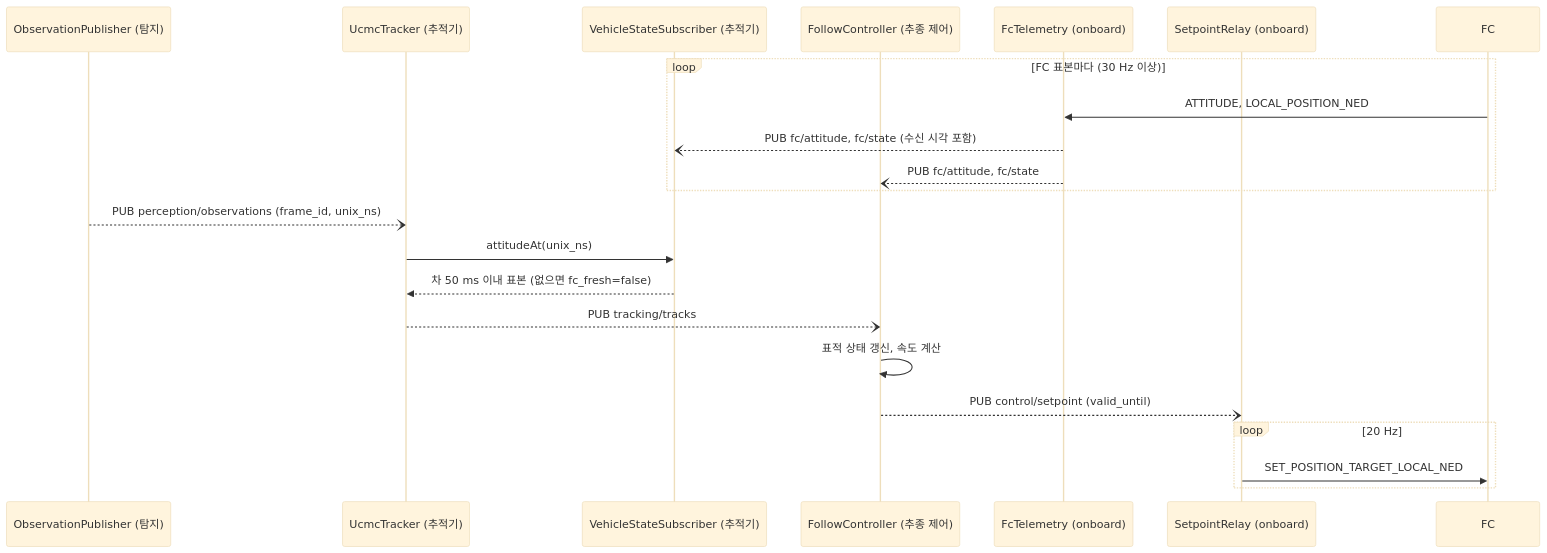
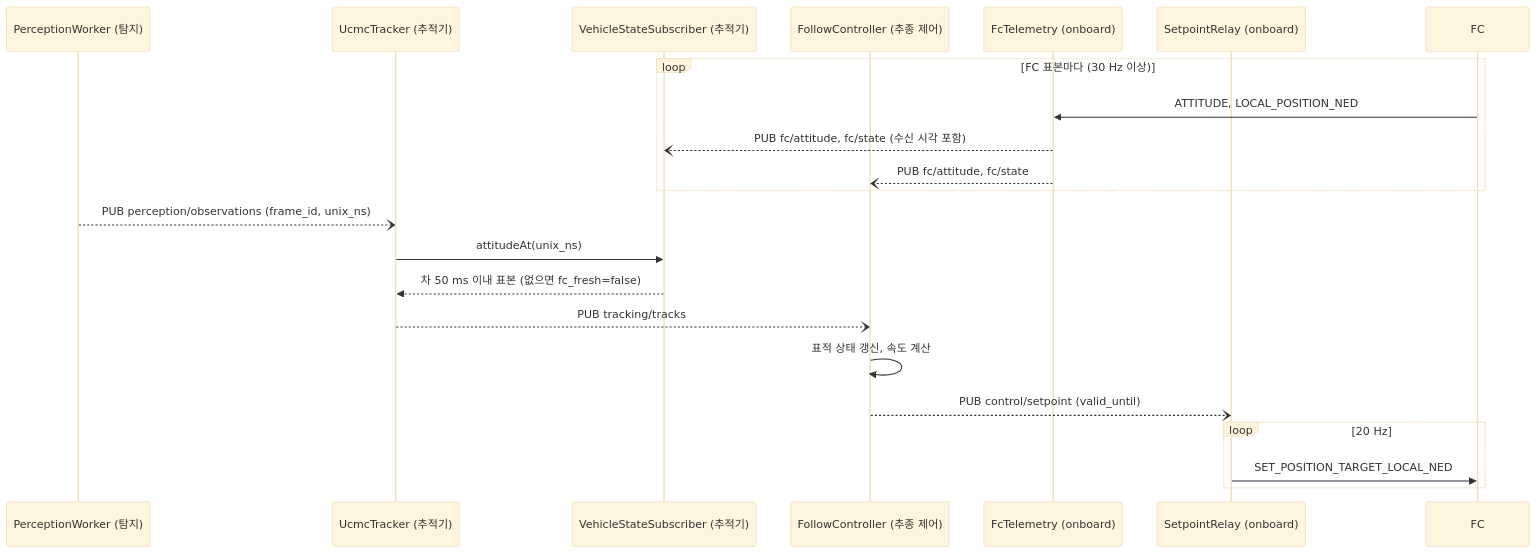
One commit to lig-argus/argus-edge-vision changed the second of 4 diagrams in docs/design/uml/sequence.md. Above: the diagram before and after it, drawn with Mermaid (base theme). The commit also changed other lines of this file and 7 other files, not shown here.

First line of the commit message:
docs: UML 에 탐지 담당 리뷰와 vehicle_api 타깃 분리 반영

````diff
--- a/docs/design/uml/sequence.md
+++ b/docs/design/uml/sequence.md
@@ -55,25 +55,25 @@
 ```mermaid
 sequenceDiagram
-    participant vis as ObservationPublisher (탐지)
+    participant vis as PerceptionWorker (탐지)
     participant trk as UcmcTracker (추적기)
     participant vss as VehicleStateSubscriber (추적기)
     participant ctl as FollowController (추종 제어)
     participant fct as FcTelemetry (onboard)
     participant spr as SetpointRelay (onboard)
     participant fc as FC
 
     loop FC 표본마다 (30 Hz 이상)
         fc->>fct: ATTITUDE, LOCAL_POSITION_NED
         fct--)vss: PUB fc/attitude, fc/state (수신 시각 포함)
         fct--)ctl: PUB fc/attitude, fc/state
     end
     vis--)trk: PUB perception/observations (frame_id, unix_ns)
     trk->>vss: attitudeAt(unix_ns)
     vss-->>trk: 차 50 ms 이내 표본 (없으면 fc_fresh=false)
     trk--)ctl: PUB tracking/tracks
     ctl->>ctl: 표적 상태 갱신, 속도 계산
     ctl--)spr: PUB control/setpoint (valid_until)
     loop 20 Hz
         spr->>fc: SET_POSITION_TARGET_LOCAL_NED
     end
 ```
````
